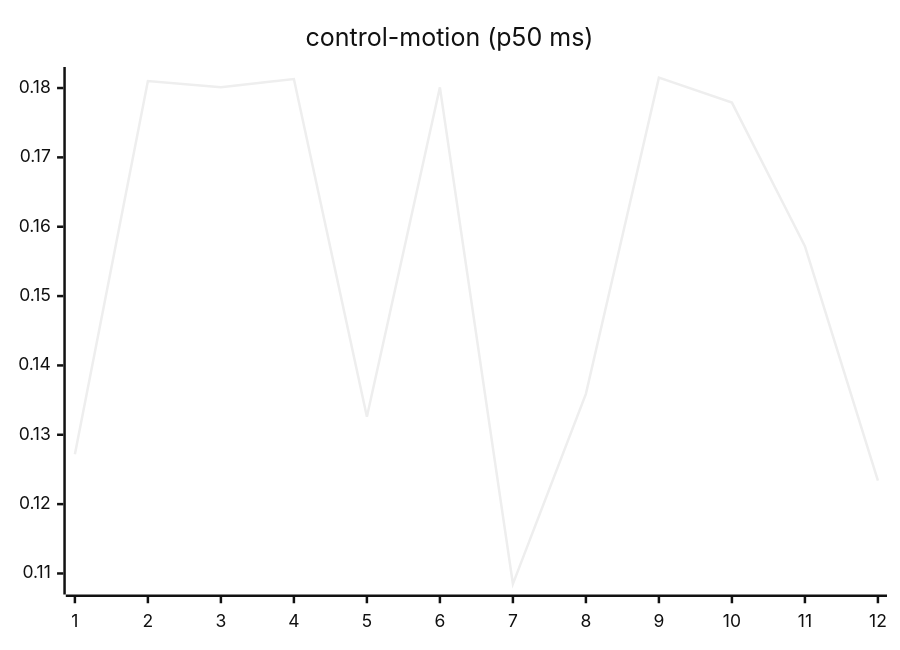
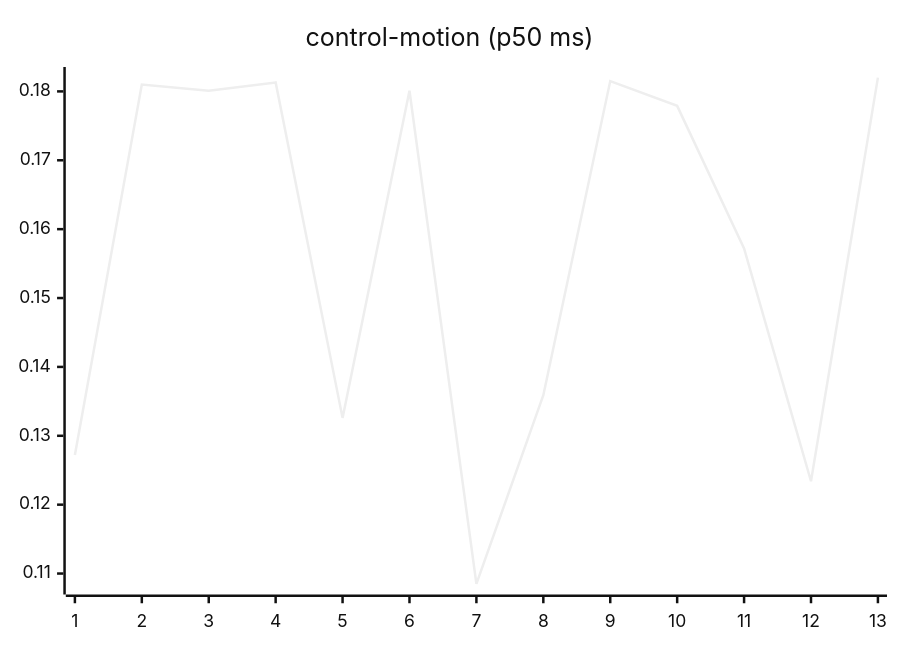
The seventh of 27 diagrams in README.md (josha/Facet), drawn with Mermaid (neutral theme) before and after one commit. The commit also changed other lines of this file and 2 other files, not shown here.

````diff
--- a/README.md
+++ b/README.md
@@ -105,6 +105,6 @@
 ```mermaid
 xychart-beta
     title "control-motion (p50 ms)"
-    x-axis 1 --> 12
-    line [0.1272, 0.1810, 0.1801, 0.1813, 0.1326, 0.1801, 0.1085, 0.1359, 0.1815, 0.1779, 0.1572, 0.1234]
+    x-axis 1 --> 13
+    line [0.1272, 0.1810, 0.1801, 0.1813, 0.1326, 0.1801, 0.1085, 0.1359, 0.1815, 0.1779, 0.1572, 0.1234, 0.1820]
 ```
````
